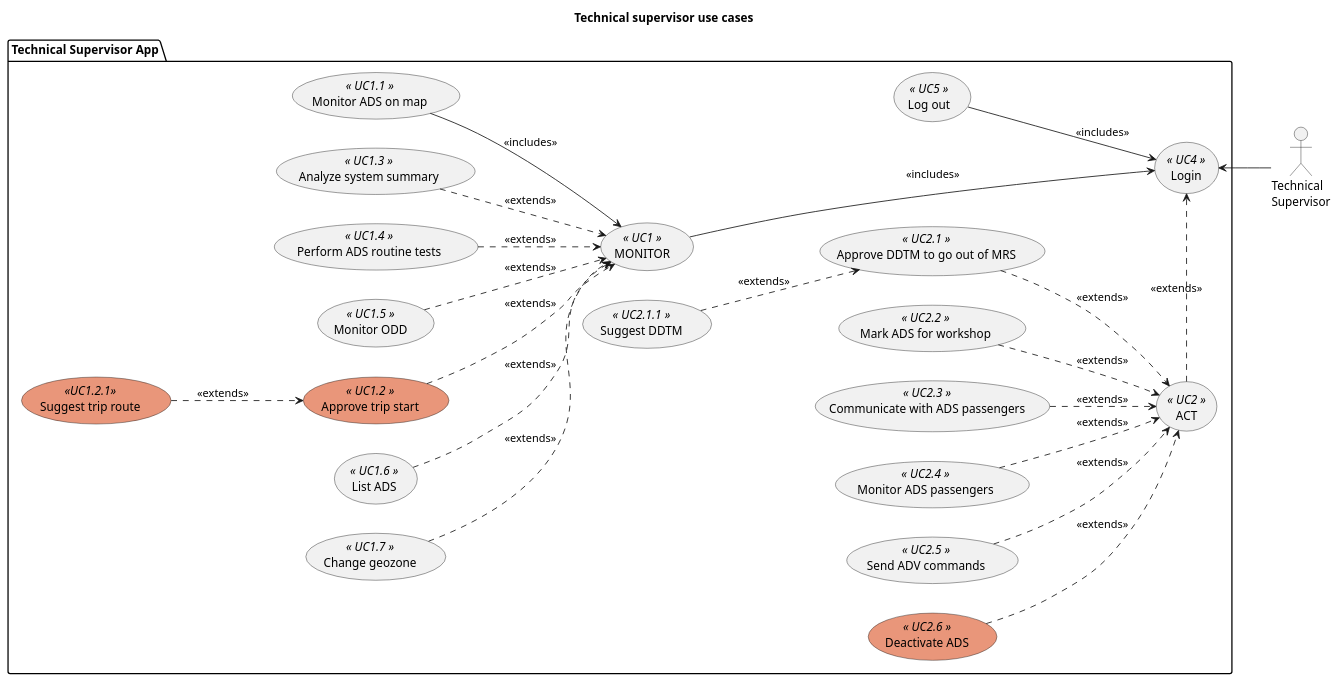
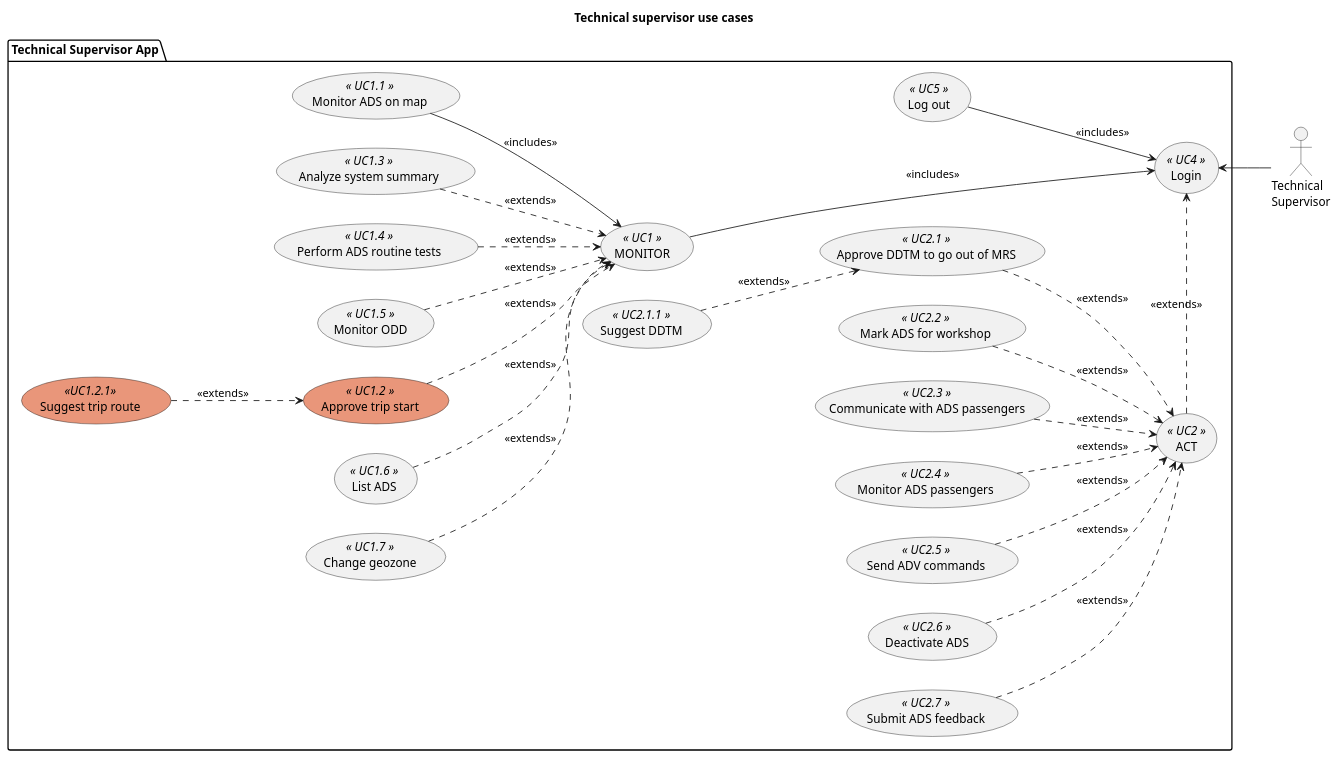
The diagram in technical_supervisor/use_cases.pu (bruno-motorai/uml), drawn with PlantUML before and after one commit. The commit also changed 1 other file, not shown here.

Commit message:
Add submit ADS feedback to use cases

```diff
--- a/technical_supervisor/use_cases.pu
+++ b/technical_supervisor/use_cases.pu
@@ -1,60 +1,62 @@
 @startuml ts_use_cases
 title Technical supervisor use cases
 
 left to right direction
 
 actor :Technical\nSupervisor: as TS1
 
 package "Technical Supervisor App" {
     usecase UC4 as (Login) <<  UC4  >>
     usecase UC5 as (Log out) <<  UC5  >>
     usecase UC1 as (MONITOR)<<  UC1  >>
     usecase UC2 as (ACT) <<  UC2  >>
     ' usecase UC3 as (Change geozone) <<  UC3  >>
 
     ' Supervise system
     usecase UC102 as (Monitor ADS on map) <<  UC1.1  >>
     usecase UC100 as (Approve trip start) <<  UC1.2  >> #DarkSalmon
     usecase UC101 as (Analyze system summary) <<  UC1.3  >>
     usecase UC104 as (Perform ADS routine tests) <<  UC1.4  >>
     usecase UC105 as (Monitor ODD) <<  UC1.5  >>
     usecase UC106 as (Suggest trip route) << UC1.2.1 >> #DarkSalmon
     usecase UC107 as (List ADS) <<  UC1.6  >>
     usecase UC108 as (Change geozone) <<  UC1.7  >>
 
     ' Supervise ADS
     usecase UC201 as (Approve DDTM to go out of MRS) <<  UC2.1  >>
     usecase UC202 as (Suggest DDTM) <<  UC2.1.1  >>
     usecase UC203 as (Mark ADS for workshop) <<  UC2.2  >>
     usecase UC204 as (Communicate with ADS passengers) <<  UC2.3  >>
     usecase UC205 as (Monitor ADS passengers) <<  UC2.4  >>
     usecase UC206 as (Send ADV commands) <<  UC2.5  >>
-    usecase UC207 as (Deactivate ADS) <<  UC2.6  >> #DarkSalmon
+    usecase UC207 as (Deactivate ADS) <<  UC2.6  >>
+    usecase UC208 as (Submit ADS feedback) <<  UC2.7  >>  
 }
 
 ' User connections
 TS1 -up-> UC4
 UC2 -> UC4 #line.dashed : <<extends>> 
 UC1 ---> UC4 : <<includes>> 
 UC5 --> UC4 : <<includes>>
 
 ' Supervise system
 UC100 --> UC1 #line.dashed : <<extends>>
 UC106 --> UC100 #line.dashed : <<extends>>
 UC101 --> UC1 #line.dashed : <<extends>>
 UC102 --> UC1 : <<includes>>
 UC104 --> UC1 #line.dashed : <<extends>>
 UC105 --> UC1 #line.dashed : <<extends>>
 UC107 --> UC1 #line.dashed : <<extends>>
 UC108 -d-> UC1 #line.dashed : <<extends>>
 
 ' Supervise ADS
 UC201 --> UC2 #line.dashed : <<extends>>
 UC202 --> UC201 #line.dashed : <<extends>>
 UC203 --> UC2 #line.dashed : <<extends>>
 UC204 --> UC2 #line.dashed : <<extends>>
 UC205 --> UC2 #line.dashed : <<extends>>
 UC206 --> UC2 #line.dashed : <<extends>>
 UC207 --> UC2 #line.dashed : <<extends>>
+UC208 --> UC2 #line.dashed : <<extends>>
 
 @enduml
```
